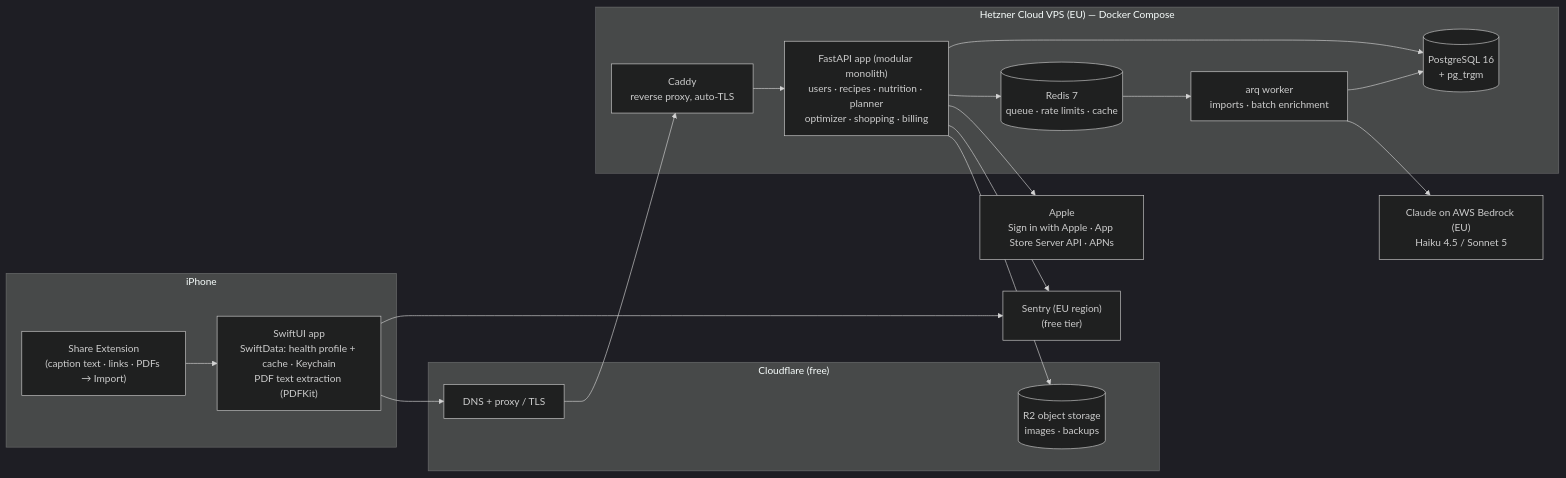
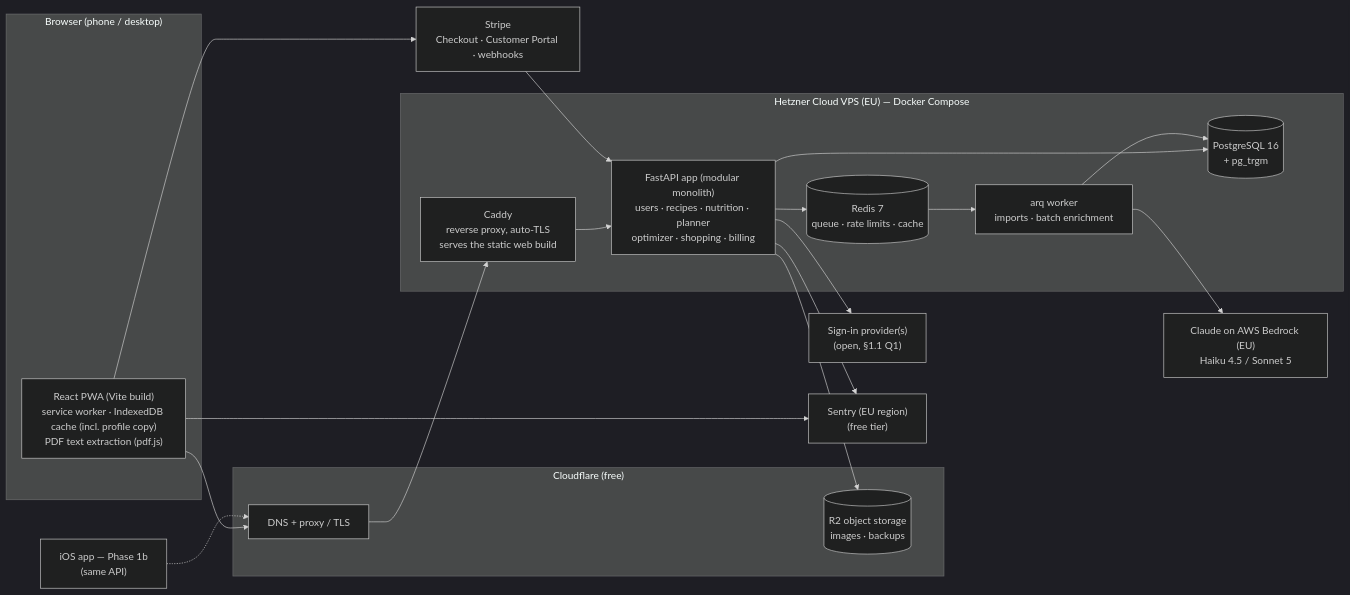
The diagram in docs/DEVELOPMENT_PLAN.md (agnieszkakot93/fitmeal-ai), drawn with Mermaid (dark theme) before and after one commit. The commit also changed other lines of this file and 2 other files, not shown here.

First line of the commit message:
docs: plan web-first PWA MVP with iOS as next phase

````diff
--- a/docs/DEVELOPMENT_PLAN.md
+++ b/docs/DEVELOPMENT_PLAN.md
@@ -28,36 +38,39 @@
 ```mermaid
 flowchart LR
-    subgraph Device["iPhone"]
-        APP["SwiftUI app<br/>SwiftData: health profile + cache · Keychain<br/>PDF text extraction (PDFKit)"]
-        SHARE["Share Extension<br/>(caption text · links · PDFs → Import)"]
+    subgraph Device["Browser (phone / desktop)"]
+        APP["React PWA (Vite build)<br/>service worker · IndexedDB cache (incl. profile copy)<br/>PDF text extraction (pdf.js)"]
     end
+    IOS["iOS app — Phase 1b<br/>(same API)"]
 
     subgraph CF["Cloudflare (free)"]
         DNS["DNS + proxy / TLS"]
         R2[("R2 object storage<br/>images · backups")]
     end
 
     subgraph VPS["Hetzner Cloud VPS (EU) — Docker Compose"]
-        CADDY["Caddy<br/>reverse proxy, auto-TLS"]
+        CADDY["Caddy<br/>reverse proxy, auto-TLS<br/>serves the static web build"]
         API["FastAPI app (modular monolith)<br/>users · recipes · nutrition · planner<br/>optimizer · shopping · billing"]
         WORKER["arq worker<br/>imports · batch enrichment"]
         PG[("PostgreSQL 16<br/>+ pg_trgm")]
         REDIS[("Redis 7<br/>queue · rate limits · cache")]
     end
 
     CLAUDE["Claude on AWS Bedrock (EU)<br/>Haiku 4.5 / Sonnet 5"]
-    APPLE["Apple<br/>Sign in with Apple · App Store Server API · APNs"]
+    STRIPE["Stripe<br/>Checkout · Customer Portal · webhooks"]
+    AUTHP["Sign-in provider(s)<br/>(open, §1.1 Q1)"]
     OBS["Sentry (EU region)<br/>(free tier)"]
 
     APP --> DNS --> CADDY --> API
-    SHARE --> APP
+    IOS -.-> DNS
+    APP --> STRIPE
+    STRIPE --> API
+    API --> AUTHP
     API --> PG
     API --> REDIS
     REDIS --> WORKER
     WORKER --> PG
     WORKER --> CLAUDE
     API --> R2
-    API --> APPLE
     APP --> OBS
     API --> OBS
 ```
````
